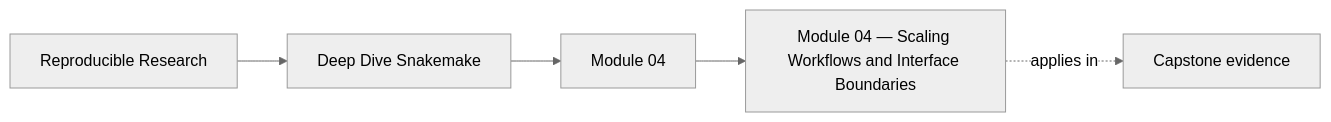
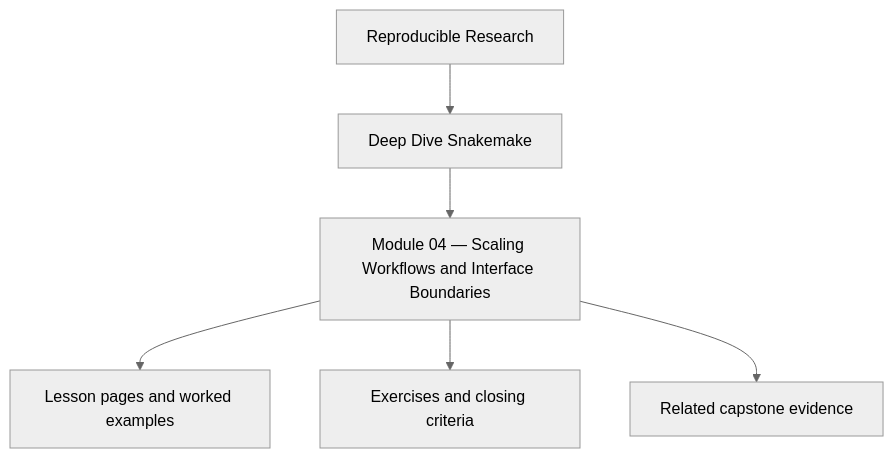
Before and after one commit to bijux/bijux-masterclass: the first of 7 diagrams in programs/reproducible-research/deep-dive-snakemake/course-book/module-04-scaling-workflows-and-interface-boundaries/index.md, drawn with Mermaid (neutral theme). The commit also changed other lines of this file and 10 other files, not shown here.

Commit message:
docs(deep-dive-snakemake): reposition module overview diagrams

````diff
--- a/programs/reproducible-research/deep-dive-snakemake/course-book/module-04-scaling-workflows-and-interface-boundaries/index.md
+++ b/programs/reproducible-research/deep-dive-snakemake/course-book/module-04-scaling-workflows-and-interface-boundaries/index.md
@@ -9,11 +9,8 @@
 ```mermaid
-graph LR
-  family["Reproducible Research"]
-  program["Deep Dive Snakemake"]
-  section["Module 04"]
-  page["Module 04 — Scaling Workflows and Interface Boundaries"]
-  capstone["Capstone evidence"]
-
-  family --> program --> section --> page
-  page -.applies in.-> capstone
+flowchart TD
+  family["Reproducible Research"] --> program["Deep Dive Snakemake"]
+  program --> module["Module 04 — Scaling Workflows and Interface Boundaries"]
+  module --> lessons["Lesson pages and worked examples"]
+  module --> checkpoints["Exercises and closing criteria"]
+  module --> capstone["Related capstone evidence"]
 ```
````
